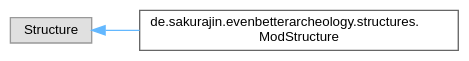
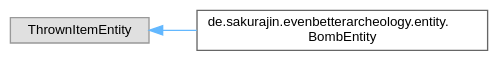
Before and after one commit to noah1510/EvenBetterArcheology: the diagram in inherit_graph_41.dot, drawn with Graphviz. The commit also changed 146 other files, not shown here.

```diff
--- a/inherit_graph_41.dot
+++ b/inherit_graph_41.dot
@@ -1,11 +1,11 @@
 digraph "Graphical Class Hierarchy"
 {
  // LATEX_PDF_SIZE
   bgcolor="transparent";
   edge [fontname=Helvetica,fontsize=10,labelfontname=Helvetica,labelfontsize=10];
   node [fontname=Helvetica,fontsize=10,shape=box,height=0.2,width=0.4];
   rankdir="LR";
-  Node0 [label="Structure",height=0.2,width=0.4,color="grey60", fillcolor="#E0E0E0", style="filled",tooltip=" "];
+  Node0 [label="ThrownItemEntity",height=0.2,width=0.4,color="grey60", fillcolor="#E0E0E0", style="filled",tooltip=" "];
   Node0 -> Node1 [dir="back",color="steelblue1",style="solid"];
-  Node1 [label="de.sakurajin.evenbetterarcheology.structures.\lModStructure",height=0.2,width=0.4,color="grey40", fillcolor="white", style="filled",URL="$classde_1_1sakurajin_1_1evenbetterarcheology_1_1structures_1_1ModStructure.html",tooltip=" "];
+  Node1 [label="de.sakurajin.evenbetterarcheology.entity.\lBombEntity",height=0.2,width=0.4,color="grey40", fillcolor="white", style="filled",URL="$classde_1_1sakurajin_1_1evenbetterarcheology_1_1entity_1_1BombEntity.html",tooltip=" "];
 }
```
